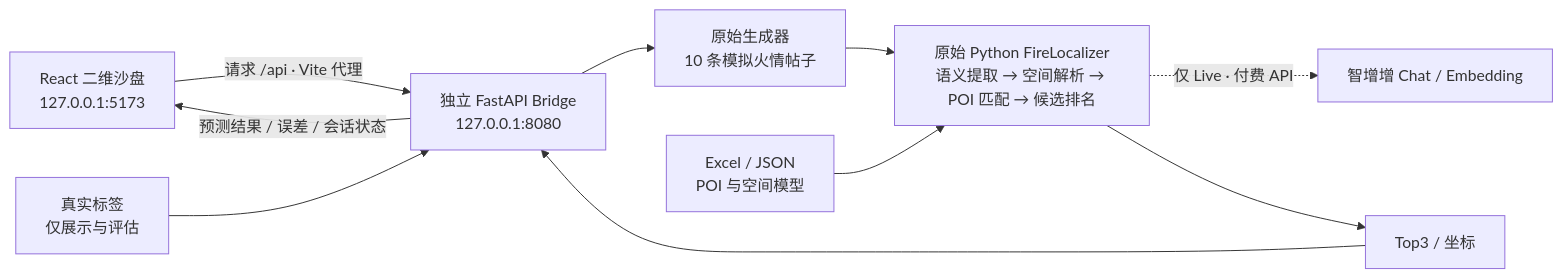
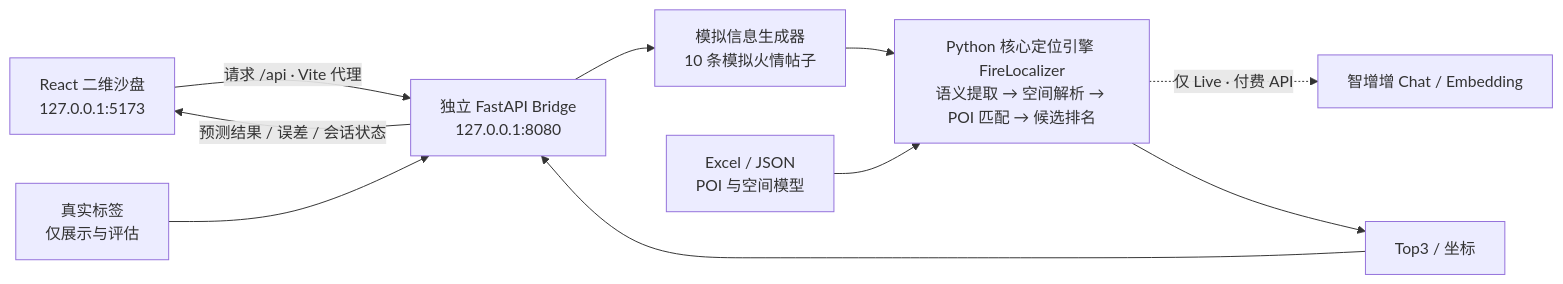
One commit to DStevenFelix/fire-localization-demo changed the first of 2 diagrams in README.md. Above: the diagram before and after it, drawn with Mermaid. The commit also changed other lines of this file and 4 other files, not shown here.

````diff
--- a/README.md
+++ b/README.md
@@ -21,12 +23,12 @@
 ```mermaid
 flowchart LR
   U["React 二维沙盘<br/>127.0.0.1:5173"] -->|"请求 /api · Vite 代理"| B["独立 FastAPI Bridge<br/>127.0.0.1:8080"]
-  B --> G["原始生成器<br/>10 条模拟火情帖子"]
-  G --> F["原始 Python FireLocalizer<br/>语义提取 → 空间解析 → POI 匹配 → 候选排名"]
+  B --> G["模拟信息生成器<br/>10 条模拟火情帖子"]
+  G --> F["Python 核心定位引擎 FireLocalizer<br/>语义提取 → 空间解析 → POI 匹配 → 候选排名"]
   D["Excel / JSON<br/>POI 与空间模型"] --> F
   F -. "仅 Live · 付费 API" .-> M["智增增 Chat / Embedding"]
   F --> R["Top3 / 坐标"]
   R --> B
   T["真实标签<br/>仅展示与评估"] --> B
   B -->|"预测结果 / 误差 / 会话状态"| U
 ```
````
